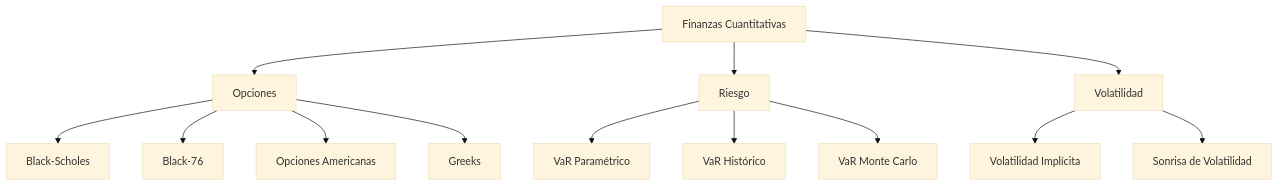
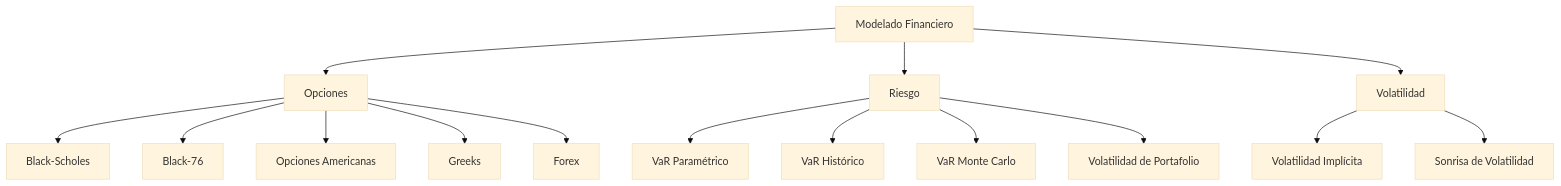
One commit to Hertzz729/Modelado-Financiero changed the diagram in README.md. Above: the diagram before and after it, drawn with Mermaid (base theme). The commit also changed other lines of this file, not shown here.

````diff
--- a/README.md
+++ b/README.md
@@ -117,29 +199,33 @@
 ```mermaid
 graph TD
 
-A[Finanzas Cuantitativas]
+A[Modelado Financiero]
 
 A --> B[Opciones]
 
 A --> C[Riesgo]
 
 A --> D[Volatilidad]
 
 B --> E[Black-Scholes]
 
 B --> F[Black-76]
 
 B --> G[Opciones Americanas]
 
 B --> H[Greeks]
 
-C --> I[VaR Paramétrico]
+B --> I[Forex]
 
-C --> J[VaR Histórico]
+C --> J[VaR Paramétrico]
 
-C --> K[VaR Monte Carlo]
+C --> K[VaR Histórico]
 
-D --> L[Volatilidad Implícita]
+C --> L[VaR Monte Carlo]
 
-D --> M[Sonrisa de Volatilidad]
+C --> M[Volatilidad de Portafolio]
+
+D --> N[Volatilidad Implícita]
+
+D --> O[Sonrisa de Volatilidad]
 ```
````
